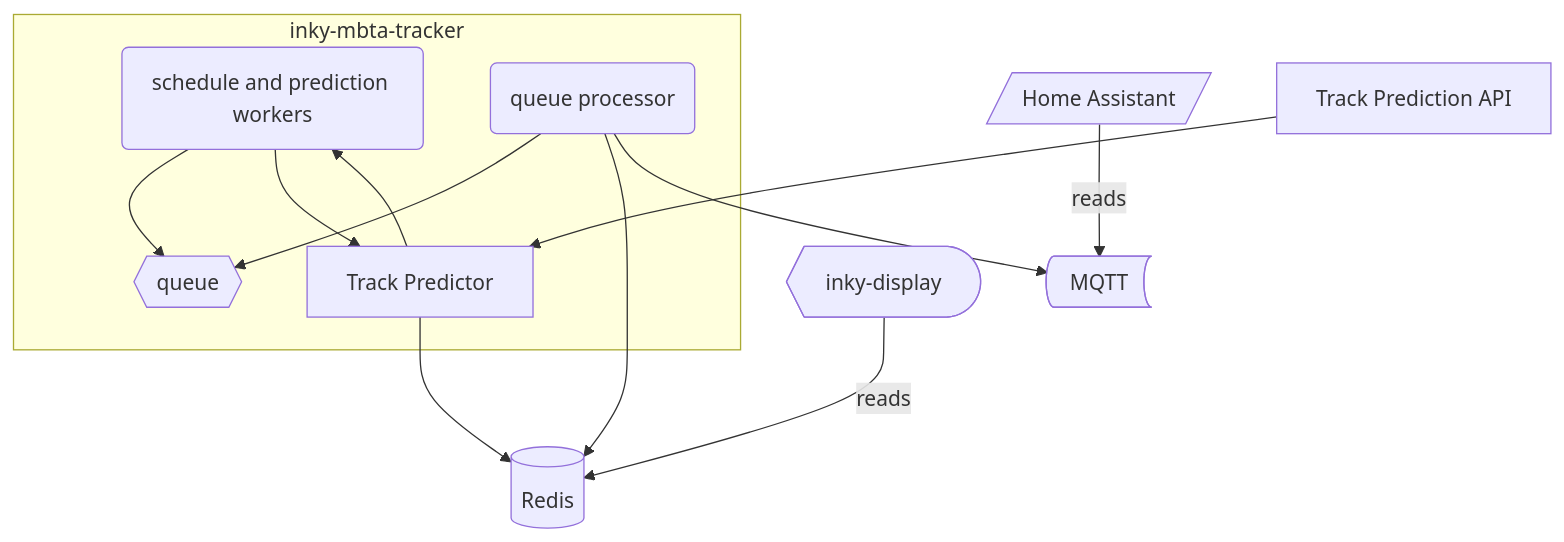
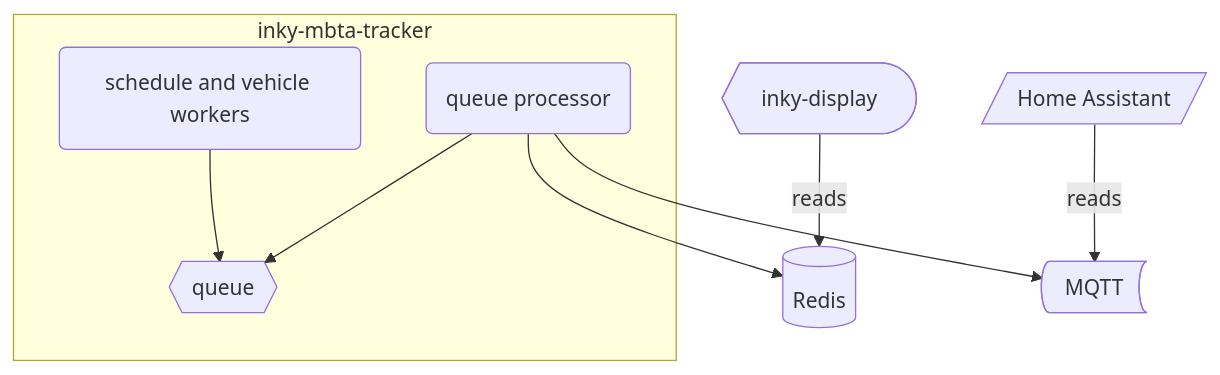
The diagram in README.md (cubismod/inky-mbta-tracker), drawn with Mermaid before and after one commit. The commit also changed other lines of this file and 29 other files, not shown here.

Commit message:
refactor: remove track predictor code

````diff
--- a/README.md
+++ b/README.md
@@ -210,21 +81,16 @@
 ```mermaid
 flowchart TD
     subgraph inky-mbta-tracker
-    B(schedule and prediction workers)
+    B(schedule and vehicle workers)
     D{{queue}}
     C(queue processor)
-    TP[Track Predictor]
     end
     B --> D
     C --> D
-    B --> TP
-    TP --> B
 
     C -->E@{ shape: cyl, label: "Redis"}
     C -->F@{ shape: bow-rect, label: "MQTT" }
-    TP --> E
 
     G@{ shape: curv-trap, label: "inky-display" } -->|reads| E
     H[/Home Assistant/] -->|reads| F
-    I[Track Prediction API] --> TP
 ```
````
